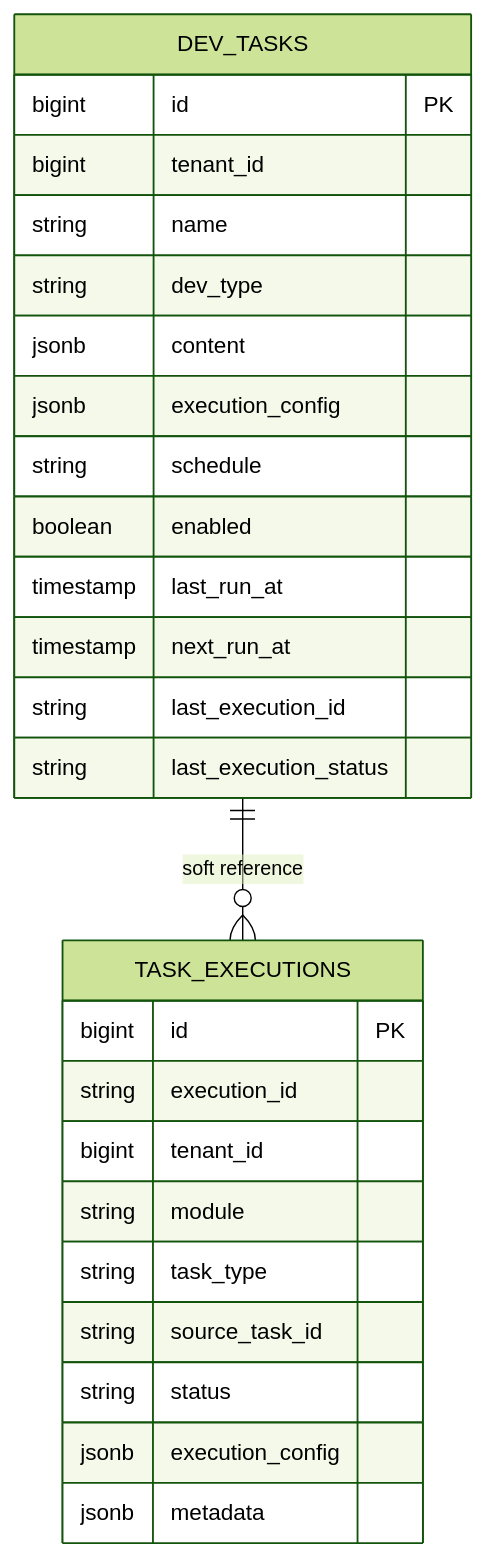
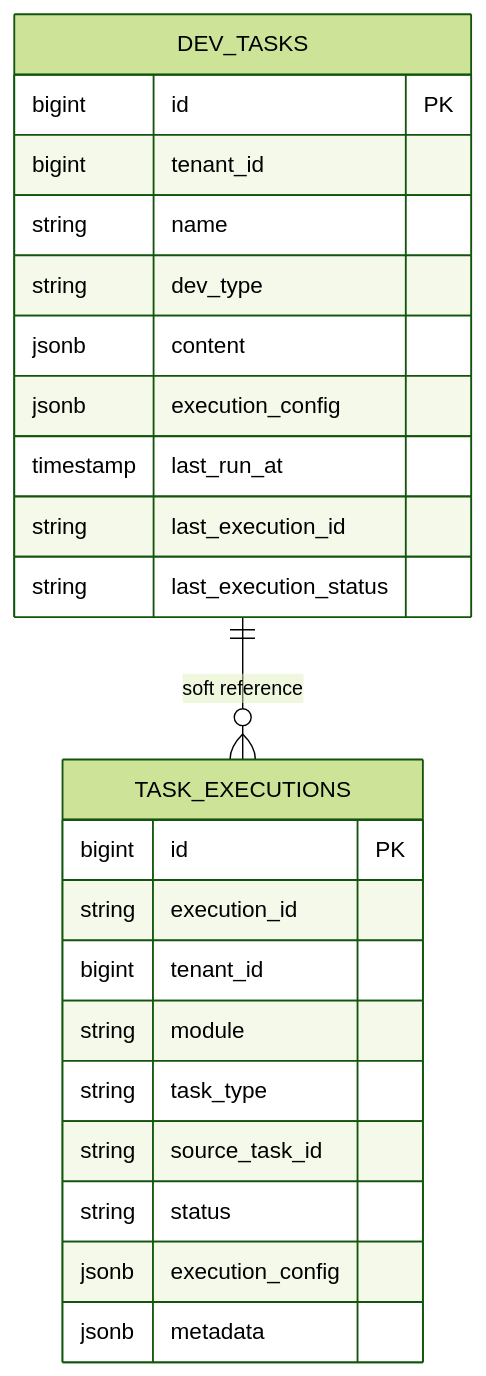
The diagram in develop/frontend/docs/数据库架构.md (pampa0629/addp), drawn with Mermaid (forest theme) before and after one commit. The commit also changed other lines of this file and 402 other files, not shown here.

````diff
--- a/develop/frontend/docs/数据库架构.md
+++ b/develop/frontend/docs/数据库架构.md
@@ -16,31 +16,28 @@
 ```mermaid
 erDiagram
     DEV_TASKS ||--o{ TASK_EXECUTIONS : "soft reference"
 
     DEV_TASKS {
         bigint id PK
         bigint tenant_id
         string name
         string dev_type
         jsonb content
         jsonb execution_config
-        string schedule
-        boolean enabled
         timestamp last_run_at
-        timestamp next_run_at
         string last_execution_id
         string last_execution_status
     }
 
     TASK_EXECUTIONS {
         bigint id PK
         string execution_id
         bigint tenant_id
         string module
         string task_type
         string source_task_id
         string status
         jsonb execution_config
         jsonb metadata
     }
 ```
````
